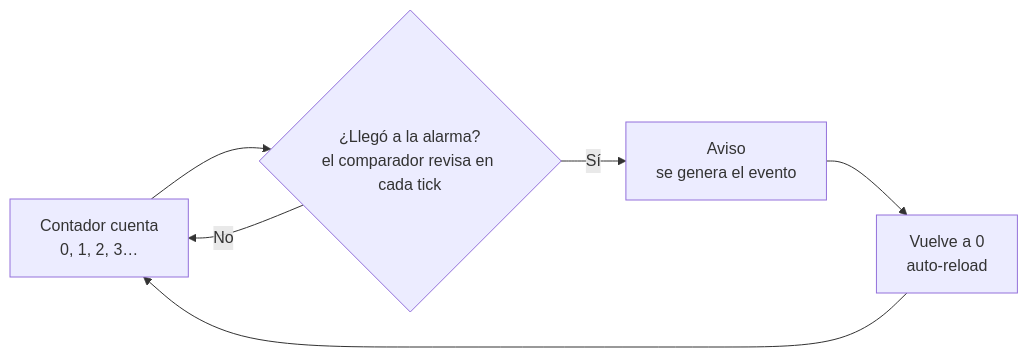
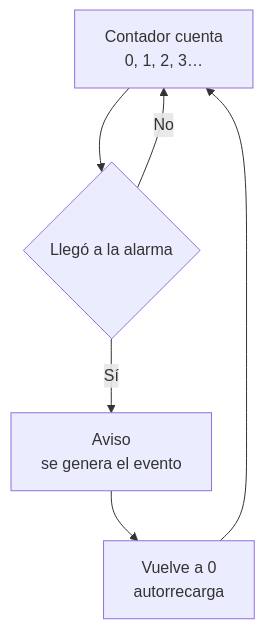
Before and after one commit to AlejandroTatum/sistemas-digitales-unl: the fifth of 7 diagrams in unidad-1/apuntes/05-temporizadores.md, drawn with Mermaid. The commit also changed other lines of this file and 16 other files, not shown here.

````diff
--- a/unidad-1/apuntes/05-temporizadores.md
+++ b/unidad-1/apuntes/05-temporizadores.md
@@ -144,8 +122,8 @@
 ```mermaid
-flowchart LR
-    A["Contador cuenta<br/>0, 1, 2, 3…"] --> B{"¿Llegó a la alarma?<br/>el comparador revisa en cada tick"}
+flowchart TD
+    A["Contador cuenta<br/>0, 1, 2, 3…"] --> B{"Llegó a la alarma"}
     B -->|No| A
     B -->|Sí| C["Aviso<br/>se genera el evento"]
-    C --> D["Vuelve a 0<br/>auto-reload"]
+    C --> D["Vuelve a 0<br/>autorrecarga"]
     D --> A
 ```
````
